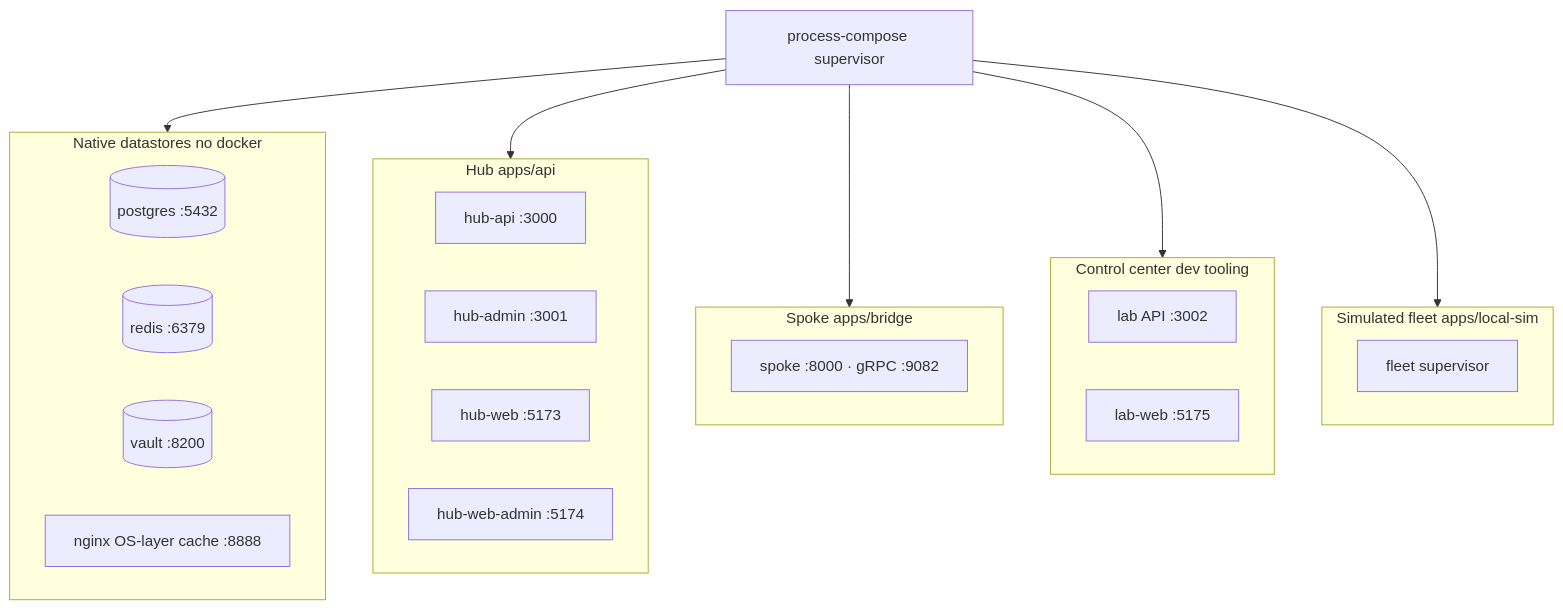
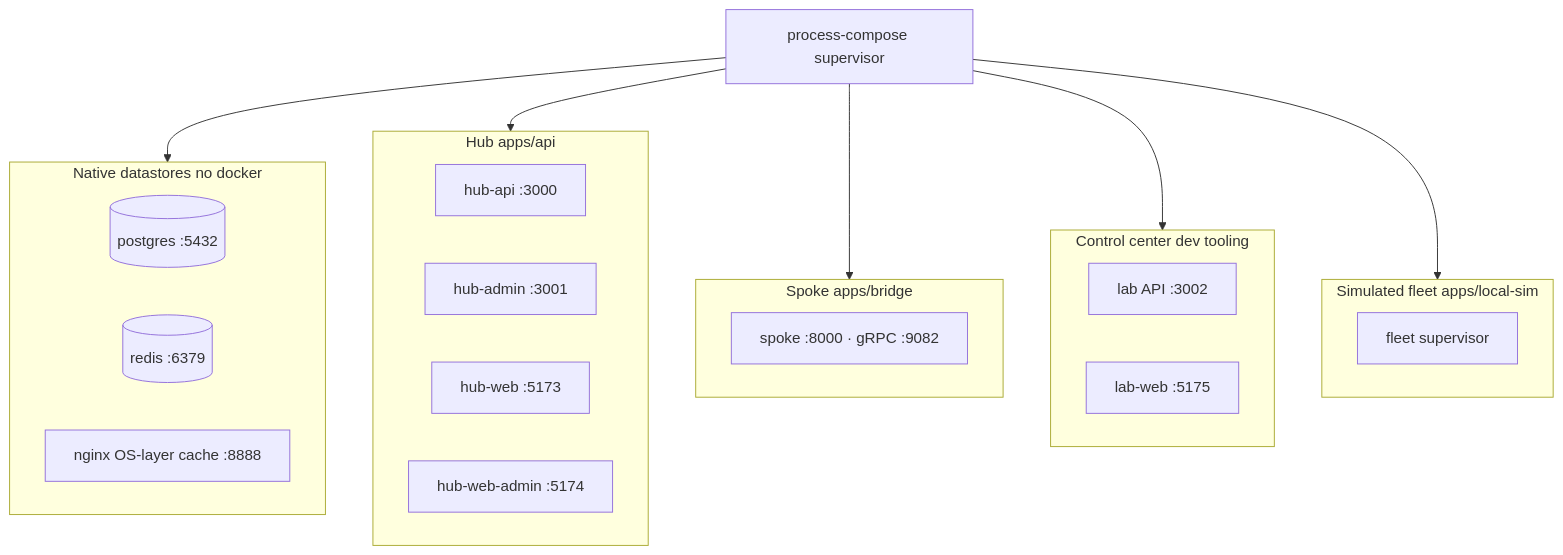
One commit to Hydra-Host/Brokkr changed the second of 4 diagrams in docs/architecture.md. Above: the diagram before and after it, drawn with Mermaid. The commit also changed other lines of this file and 1002 other files, not shown here.

````diff
--- a/docs/architecture.md
+++ b/docs/architecture.md
@@ -73,37 +73,36 @@
 ```mermaid
 flowchart TB
     pc[process-compose supervisor]
 
     subgraph data[Native datastores no docker]
         pg[("postgres :5432")]
         rd[("redis :6379")]
-        vt[("vault :8200")]
         ng["nginx OS-layer cache :8888"]
     end
 
     subgraph hubg["Hub apps/api"]
         api["hub-api :3000"]
         adm["hub-admin :3001"]
         web["hub-web :5173"]
         webadm["hub-web-admin :5174"]
     end
 
     subgraph spokeg["Spoke apps/bridge"]
         br["spoke :8000 · gRPC :9082"]
     end
 
     subgraph ccg[Control center dev tooling]
         lab["lab API :3002"]
         labweb["lab-web :5175"]
     end
 
     subgraph fleetg["Simulated fleet apps/local-sim"]
         fleet[fleet supervisor]
     end
 
     pc --> data
     pc --> hubg
     pc --> spokeg
     pc --> ccg
     pc --> fleetg
 ```
````
